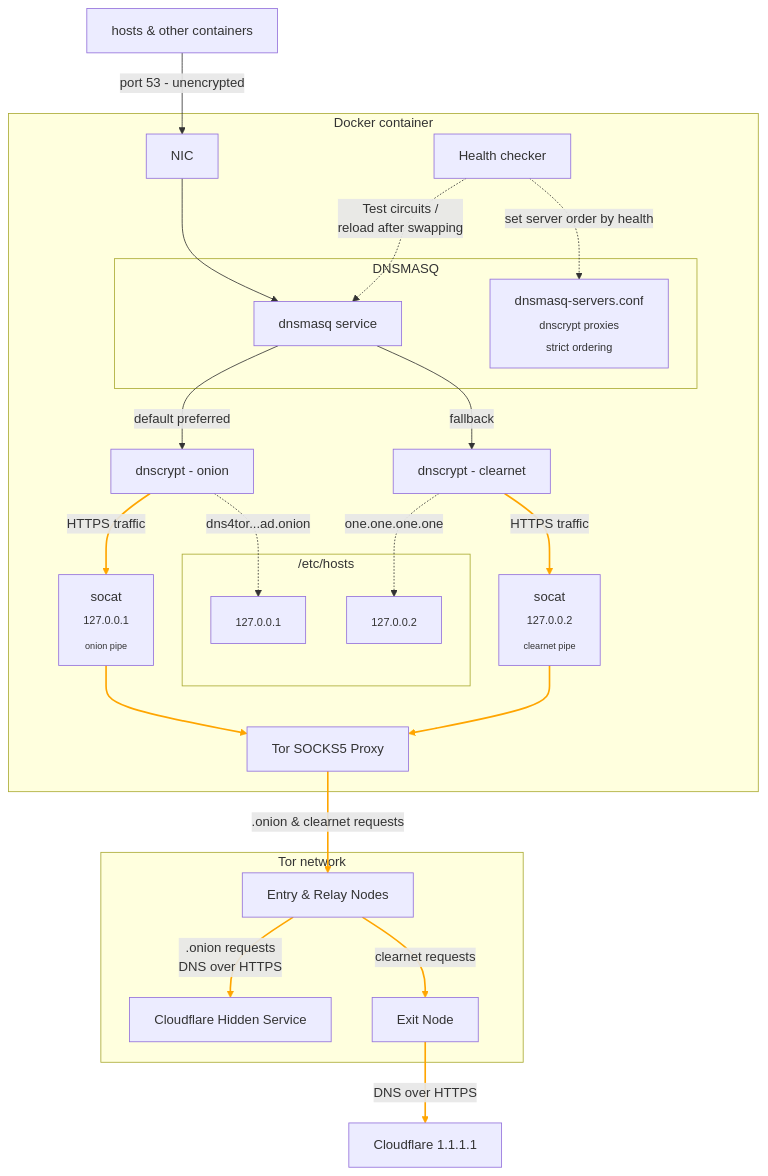
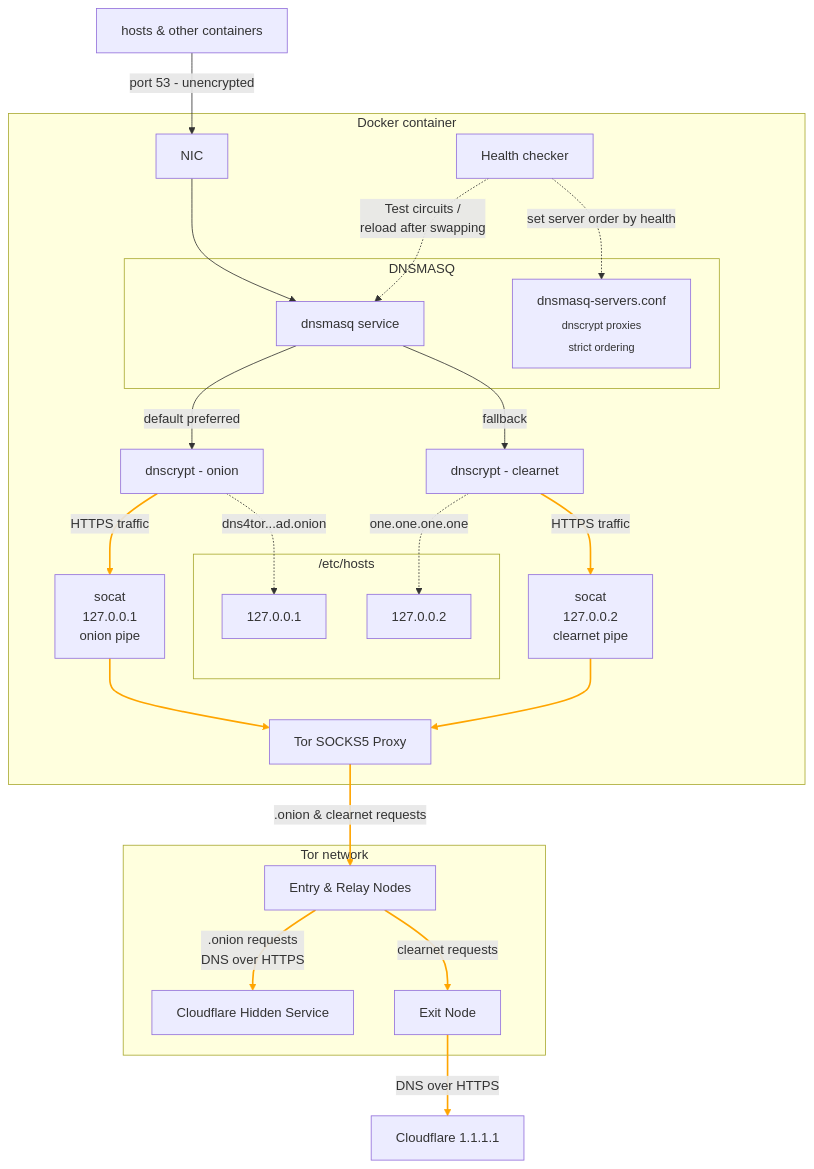
Before and after one commit to tim-connect/moleDNS: the diagram in README.md, drawn with Mermaid.

Commit message:
diagram adjustments

````diff
--- a/README.md
+++ b/README.md
@@ -52,69 +52,69 @@
 ```mermaid
 
 flowchart TD
 	CLIENTS["hosts & other containers"]
 	INTERNET["Cloudflare 1.1.1.1"]
 	subgraph DOCKER["Docker container"]
 		NIC
 		subgraph DNSMASQ
 			DNSMASQ_SVC["dnsmasq service"]
 			DNS_SERVERS["dnsmasq-servers.conf<br><sub>dnscrypt proxies<br>strict ordering"]
 		end
 		
 		DNSCRYPT_ONION["dnscrypt - onion"]
 		DNSCRYPT_CLEARNET["dnscrypt - clearnet"]
 		
 		HEALTH["Health checker"]
 		
 		subgraph HOSTS["/etc/hosts"]
-			HOSTS_CLEARNET["<sub>127.0.0.2"]
-			HOSTS_ONION["<sub>127.0.0.1"]
+			HOSTS_CLEARNET["127.0.0.2"]
+			HOSTS_ONION["127.0.0.1"]
 		end
 
-		SOCAT_ONION["socat<br><sub>127.0.0.1<br><sub>onion pipe"]
-		SOCAT_CLEARNET["socat<br><sub>127.0.0.2<br><sub>clearnet pipe"]
+		SOCAT_ONION["socat<br>127.0.0.1<br>onion pipe"]
+		SOCAT_CLEARNET["socat<br>127.0.0.2<br>clearnet pipe"]
 		TOR_PROXY["Tor SOCKS5 Proxy"]
 	end
 
 	subgraph TOR_NETWORK["Tor network"]
 		NODES["Entry & Relay Nodes"]
 		EXIT_NODE["Exit Node"]
 		HIDDEN_SVCS["Cloudflare Hidden Service"]
 	end
 
 	CLIENTS --> |port 53 - unencrypted| NIC --> DNSMASQ_SVC
 	
 	%% ONION RESOLVER
 
 	DNSMASQ_SVC --> |default preferred| DNSCRYPT_ONION --> |HTTPS traffic|SOCAT_ONION
 
 	%% dnsmasq
 	HEALTH -.-> |Test circuits /<br>reload after swapping|DNSMASQ_SVC
 	HEALTH -.-> |set server order by health|DNS_SERVERS
 	%% HOSTNAME RESOLUTION
 
 	DNSCRYPT_ONION -.-> |dns4tor...ad.onion|HOSTS_ONION
 	DNSCRYPT_CLEARNET -.-> |one.one.one.one|HOSTS_CLEARNET
 	
 	%% CLEARNET RESOLVER
 
 	DNSMASQ_SVC --> |fallback|DNSCRYPT_CLEARNET --> |HTTPS traffic|SOCAT_CLEARNET
 
 	%% tor
 
 	SOCAT_ONION & SOCAT_CLEARNET ==> TOR_PROXY
 	TOR_PROXY ==> | .onion & clearnet requests |NODES
 	NODES ==> | .onion requests<br>DNS over HTTPS |HIDDEN_SVCS
 	NODES ==> | clearnet requests |EXIT_NODE ==> |DNS over HTTPS|INTERNET
 	
 
 	linkStyle 3 stroke:orange,stroke-width:2px
 	linkStyle 9 stroke:orange,stroke-width:2px
 	linkStyle 10 stroke:orange,stroke-width:2px
 	linkStyle 11 stroke:orange,stroke-width:2px
 	linkStyle 12 stroke:orange,stroke-width:2px
 	linkStyle 13 stroke:orange,stroke-width:2px
 	linkStyle 14 stroke:orange,stroke-width:2px
 	linkStyle 15 stroke:orange,stroke-width:2px
 
 ```
````
